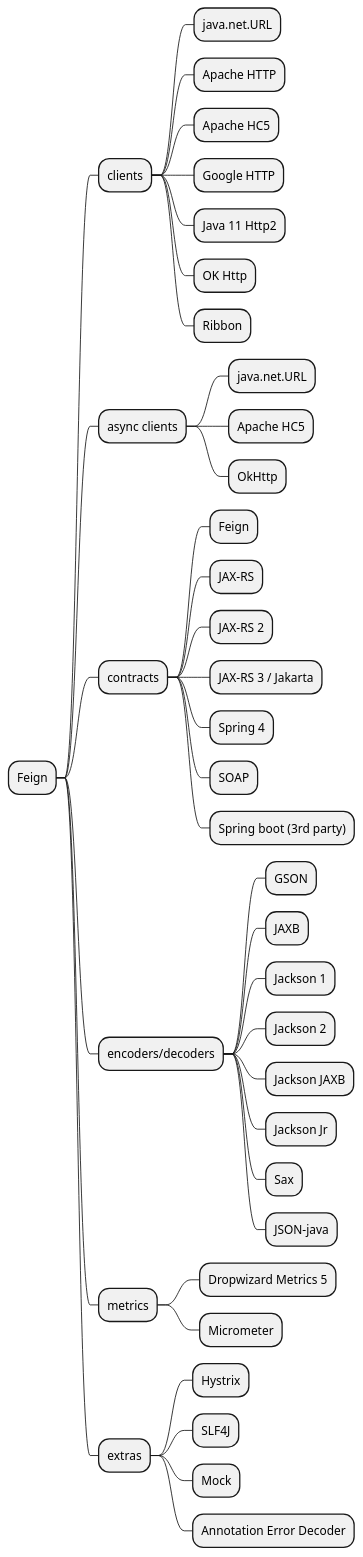
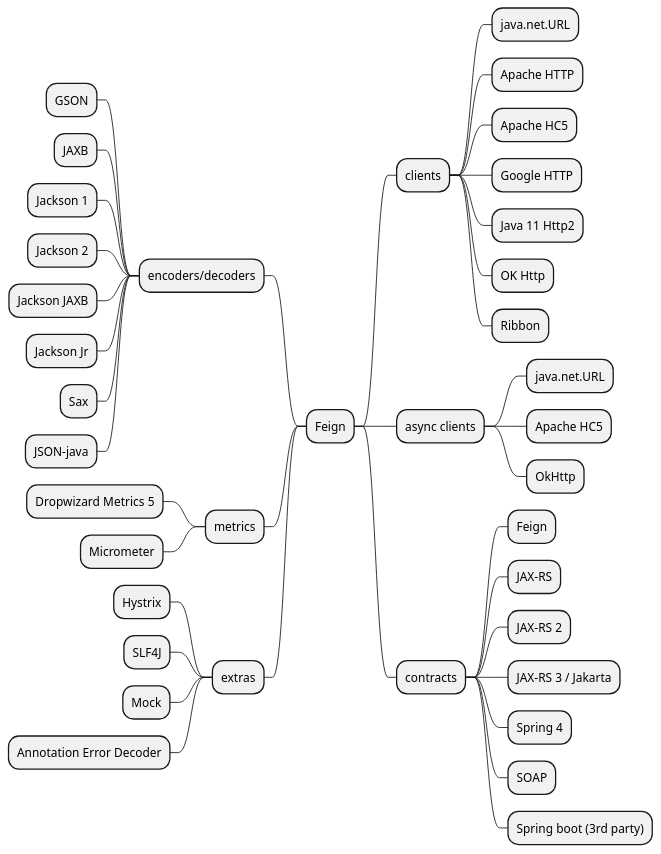
The diagram in src/docs/overview-mindmap.iuml (OpenFeign/feign), drawn with PlantUML before and after one commit.

Commit message:
Re-format the overview mindmap
Balances it out visually by splitting the
first level in two sides

```diff
--- a/src/docs/overview-mindmap.iuml
+++ b/src/docs/overview-mindmap.iuml
@@ -1,40 +1,43 @@
 @startmindmap
 * Feign
 ** clients
 *** java.net.URL
 *** Apache HTTP
 *** Apache HC5
 *** Google HTTP
 *** Java 11 Http2
 *** OK Http
 *** Ribbon
 ** async clients
 *** java.net.URL
 *** Apache HC5
 *** OkHttp
 ** contracts
 *** Feign
 *** JAX-RS
 *** JAX-RS 2
 *** JAX-RS 3 / Jakarta
 *** Spring 4
 *** SOAP
 *** Spring boot (3rd party)
+
+left side
+
 ** encoders/decoders
 *** GSON
 *** JAXB
 *** Jackson 1
 *** Jackson 2
 *** Jackson JAXB
 *** Jackson Jr
 *** Sax
 *** JSON-java
 ** metrics
 *** Dropwizard Metrics 5
 *** Micrometer
 ** extras
 *** Hystrix
 *** SLF4J
 *** Mock
 *** Annotation Error Decoder
 @endmindmap
```
